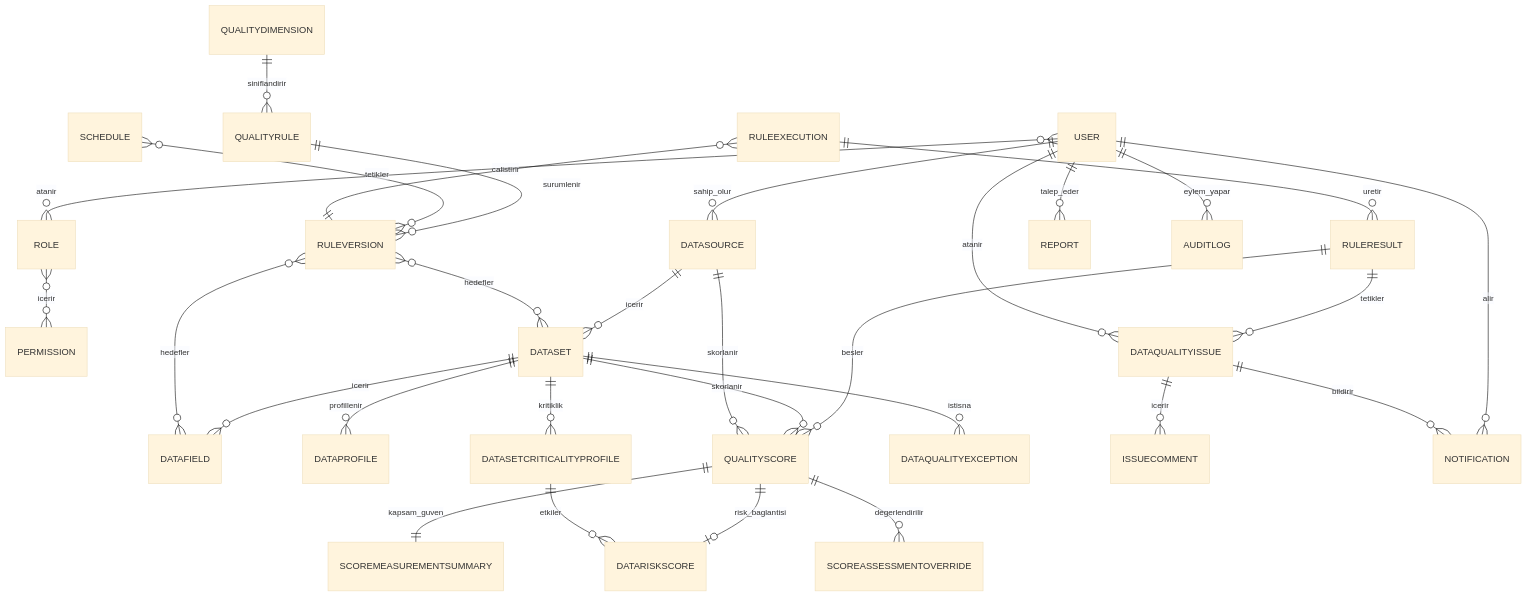
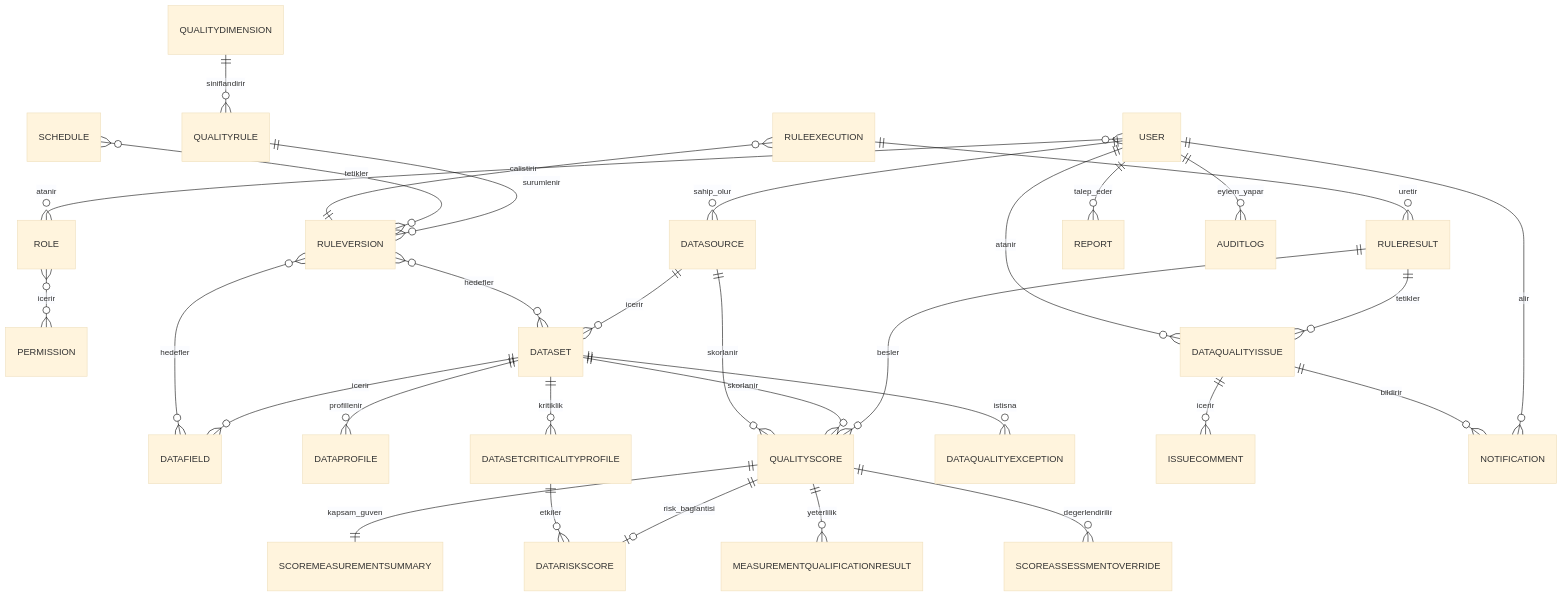
Before and after one commit to yusufipek2049/veri-kalitesi-sistemi: the diagram in 01-SRS/07-Veri-Modeli/Veri-Modeli-Genel.md, drawn with Mermaid (base theme). The commit also changed other lines of this file and 38 other files, not shown here.

````diff
--- a/01-SRS/07-Veri-Modeli/Veri-Modeli-Genel.md
+++ b/01-SRS/07-Veri-Modeli/Veri-Modeli-Genel.md
@@ -115,32 +116,33 @@
 ```mermaid
 erDiagram
     USER }o--o{ ROLE : atanir
     ROLE }o--o{ PERMISSION : icerir
     USER ||--o{ DATASOURCE : sahip_olur
     DATASOURCE ||--o{ DATASET : icerir
     DATASET ||--o{ DATAFIELD : icerir
     DATASET ||--o{ DATAPROFILE : profillenir
     QUALITYDIMENSION ||--o{ QUALITYRULE : siniflandirir
     QUALITYRULE ||--o{ RULEVERSION : surumlenir
     RULEVERSION }o--o{ DATASET : hedefler
     RULEVERSION }o--o{ DATAFIELD : hedefler
     SCHEDULE }o--o{ RULEVERSION : tetikler
     RULEEXECUTION }o--|| RULEVERSION : calistirir
     RULEEXECUTION ||--o{ RULERESULT : uretir
     RULERESULT ||--o{ QUALITYSCORE : besler
     DATASET ||--o{ QUALITYSCORE : skorlanir
     DATASOURCE ||--o{ QUALITYSCORE : skorlanir
     QUALITYSCORE ||--|| SCOREMEASUREMENTSUMMARY : kapsam_guven
+    QUALITYSCORE ||--o{ MEASUREMENTQUALIFICATIONRESULT : yeterlilik
     DATASET ||--o{ DATASETCRITICALITYPROFILE : kritiklik
     QUALITYSCORE ||--o| DATARISKSCORE : risk_baglantisi
     DATASETCRITICALITYPROFILE ||--o{ DATARISKSCORE : etkiler
     QUALITYSCORE ||--o{ SCOREASSESSMENTOVERRIDE : degerlendirilir
     DATASET ||--o{ DATAQUALITYEXCEPTION : istisna
     RULERESULT ||--o{ DATAQUALITYISSUE : tetikler
     DATAQUALITYISSUE ||--o{ ISSUECOMMENT : icerir
     USER ||--o{ DATAQUALITYISSUE : atanir
     USER ||--o{ NOTIFICATION : alir
     DATAQUALITYISSUE ||--o{ NOTIFICATION : bildirir
     USER ||--o{ REPORT : talep_eder
     USER ||--o{ AUDITLOG : eylem_yapar
 ```
````
